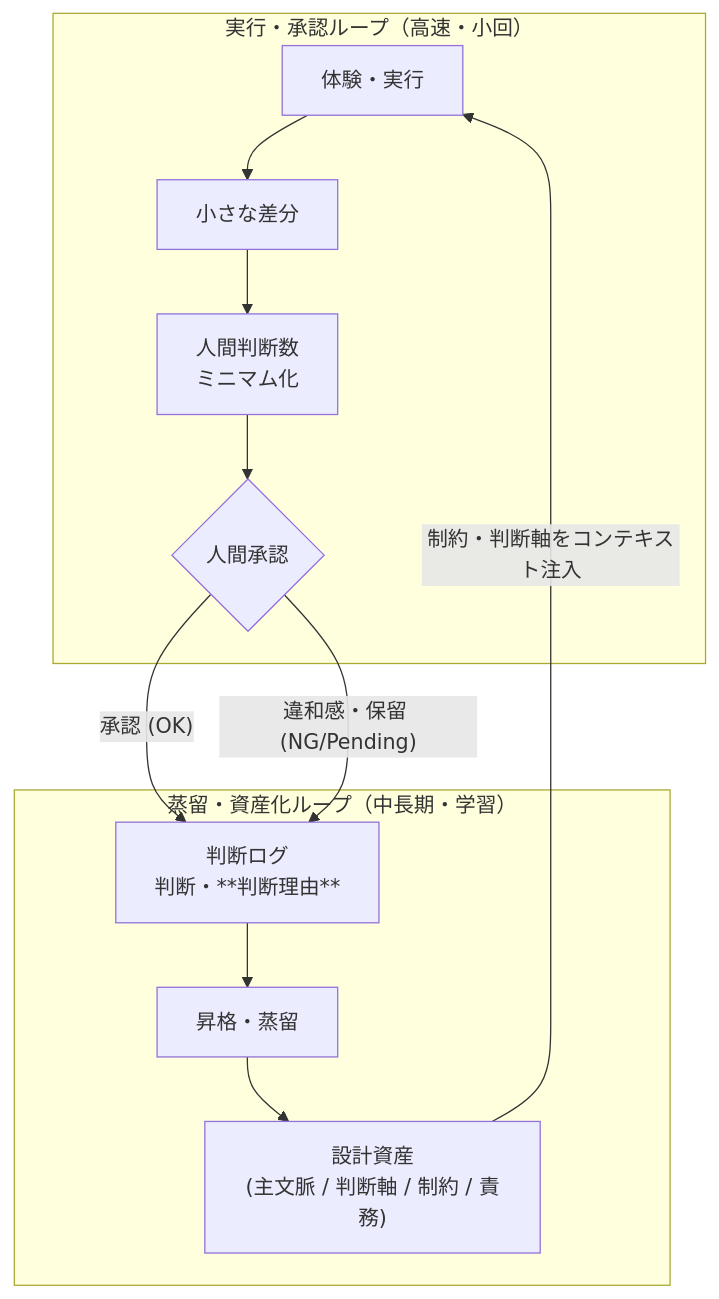
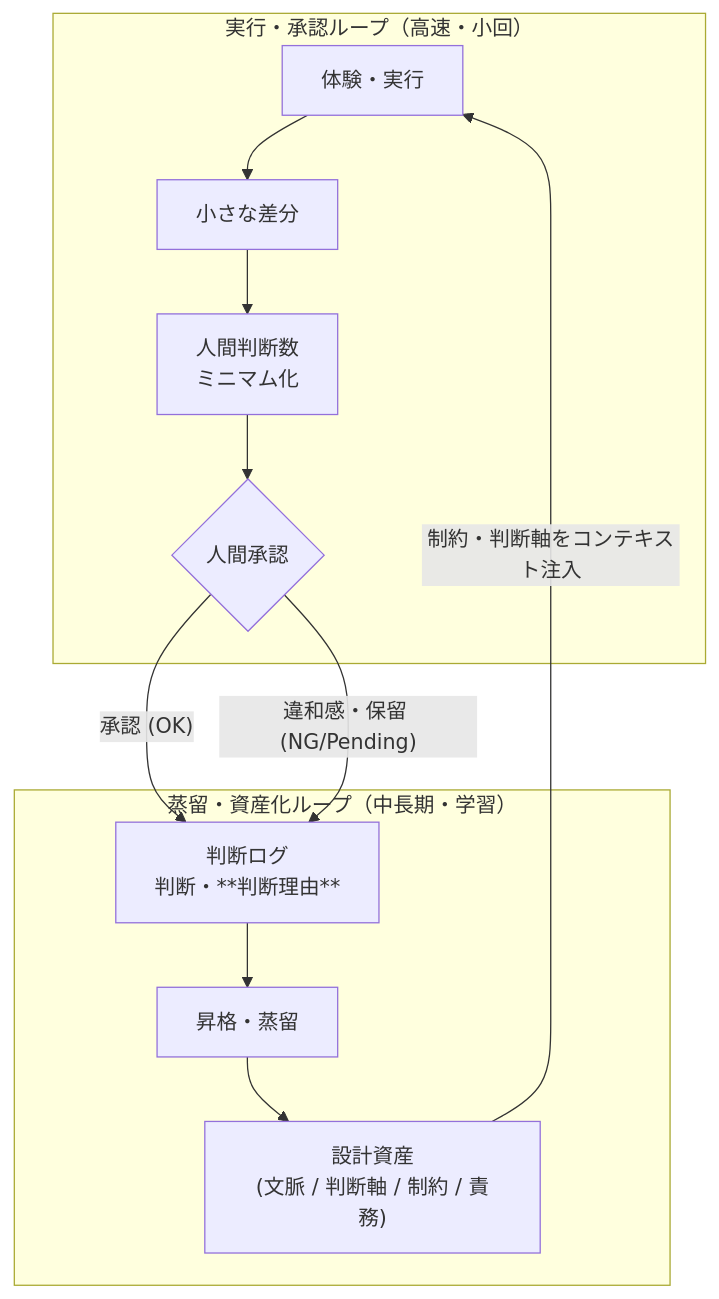
Before and after one commit to tamasub/FRB: the third of 3 diagrams in articles/ai-collaboration-context-decision-log.md, drawn with Mermaid.

Commit message:
ai-collaboration-context-decision-log

````diff
--- a/articles/ai-collaboration-context-decision-log.md
+++ b/articles/ai-collaboration-context-decision-log.md
@@ -2383,29 +2383,29 @@
 ```mermaid
 
 flowchart TB
 
     subgraph A["実行・承認ループ（高速・小回）"]
         A1[体験・実行]
         A2[小さな差分]
         A3[人間判断数<br/>ミニマム化]
         A4{人間承認}
 
         A1 --> A2 --> A3 --> A4
     end
 
     subgraph B["蒸留・資産化ループ（中長期・学習）"]
         B1[判断ログ<br/>判断・**判断理由**]
         B2[昇格・蒸留]
-        B3["設計資産<br/>(主文脈 / 判断軸 / 制約 / 責務)"]
+        B3["設計資産<br/>(文脈 / 判断軸 / 制約 / 責務)"]
 
         B1 --> B2 --> B3
     end
 
     %% 承認・非承認からのログ回収
     A4 -- "承認 (OK)" --> B1
     A4 -- "違和感・保留 (NG/Pending)" --> B1
 
     %% 蒸留された資産の適用
     B3 -->|制約・判断軸をコンテキスト注入| A1
 
 ```
````
